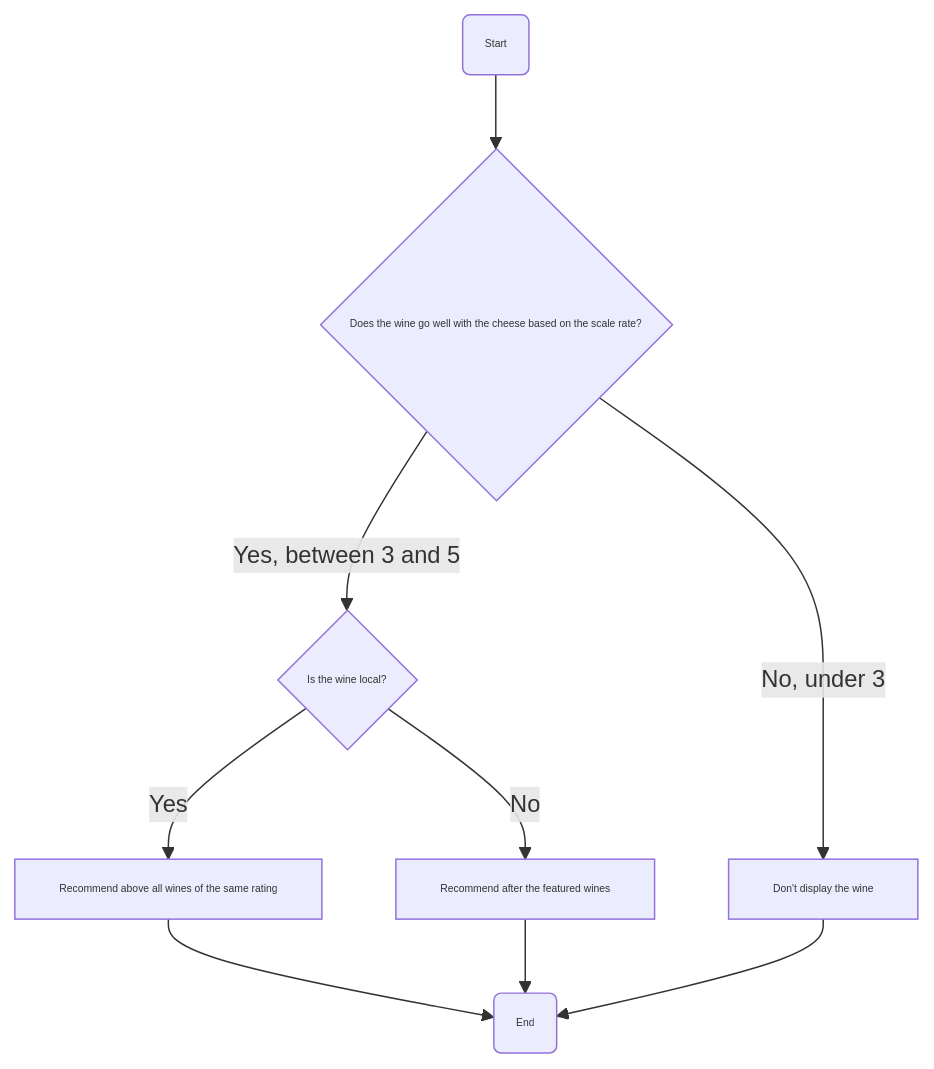
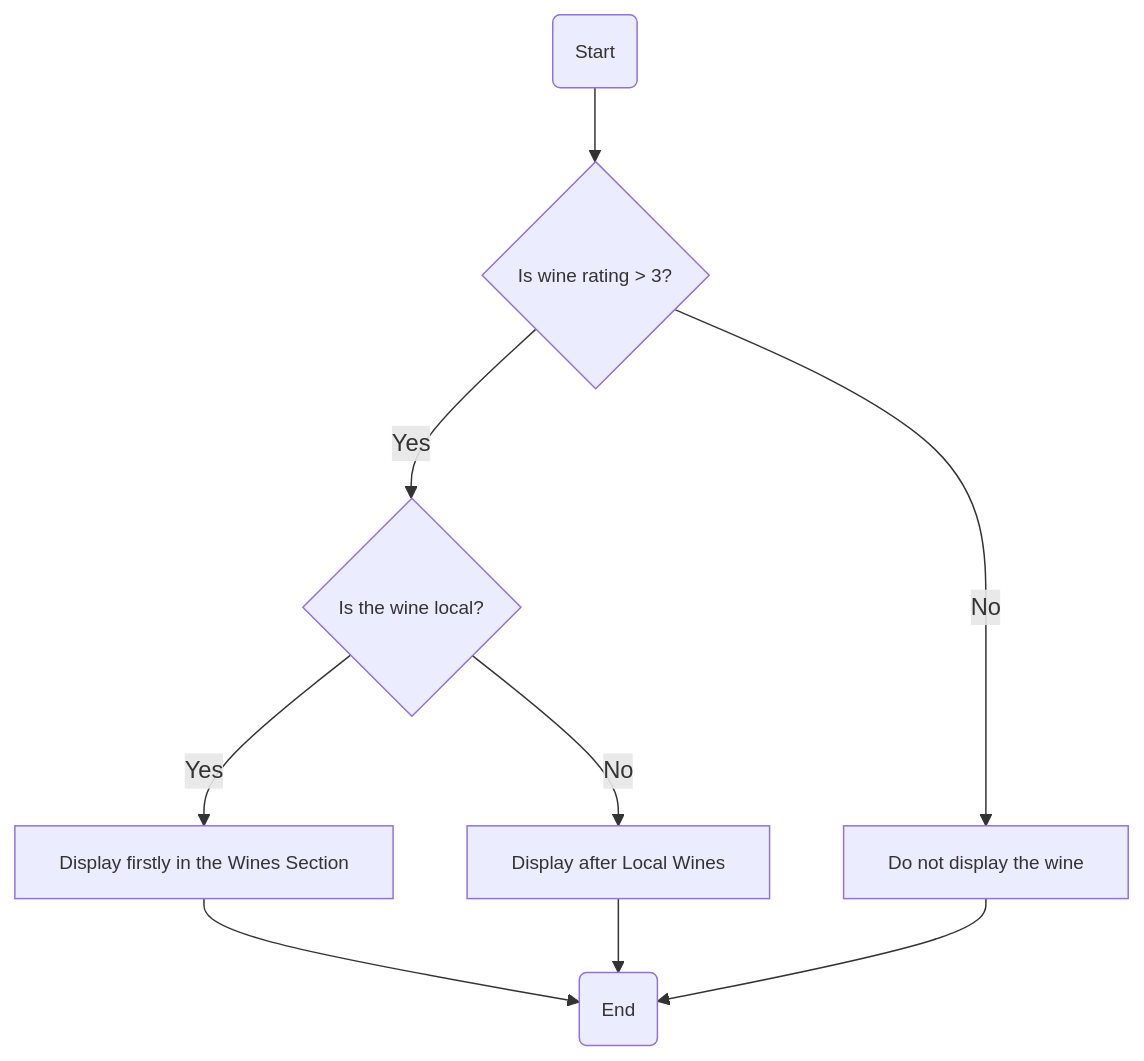
One commit to algosup/2024-2025-project-5-bubble-intermarche-team-2 changed the fourth of 11 diagrams in Documents/Technical/technical_specifications.md. Above: the diagram before and after it, drawn with Mermaid. The commit also changed other lines of this file, not shown here.

````diff
--- a/Documents/Technical/technical_specifications.md
+++ b/Documents/Technical/technical_specifications.md
@@ -269,12 +266,12 @@
 ```mermaid
 graph TD
-    A(Start) --> B{Does the wine go well with the cheese based on the scale rate?}
-    B -->|Yes, between 3 and 5| C{Is the wine local?}
-    B -->|No, under 3| D[Don't display the wine]
-    C --> |Yes| E[Recommend above all wines of the same rating]
-    C --> |No| F[Recommend after the featured wines]
+    A(Start) --> B{Is wine rating > 3?}
+    B -->|No| C[Do not display the wine]
+    B -->|Yes| D{Is the wine local?}
+    D -->|Yes| E[Display firstly in the Wines Section]
+    D -->|No| F[Display after Local Wines]
     E --> G(End)
     F --> G
-    D --> G
-    classDef default font-size:7px;
+    C --> G
+    classDef default font-size:12.8px
 ```
````
